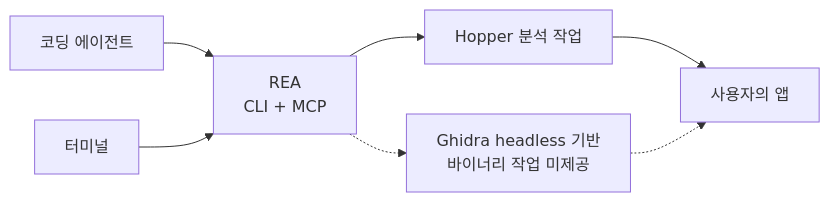
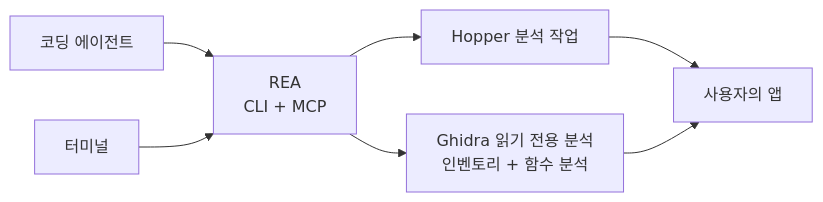
The diagram in README_ko.md (bryankwandou/rea), drawn with Mermaid before and after one commit. The commit also changed other lines of this file and 130 other files, not shown here.

````diff
--- a/README_ko.md
+++ b/README_ko.md
@@ -179,9 +179,9 @@
 ```mermaid
 flowchart LR
     Agent["코딩 에이전트"] --> REA["REA<br/>CLI + MCP"]
     Terminal["터미널"] --> REA
     REA --> Hopper["Hopper 분석 작업"]
     Hopper --> App["사용자의 앱"]
-    REA -.-> Ghidra["Ghidra headless 기반<br/>바이너리 작업 미제공"]
-    Ghidra -.-> App
+    REA --> Ghidra["Ghidra 읽기 전용 분석<br/>인벤토리 + 함수 분석"]
+    Ghidra --> App
 ```
````
